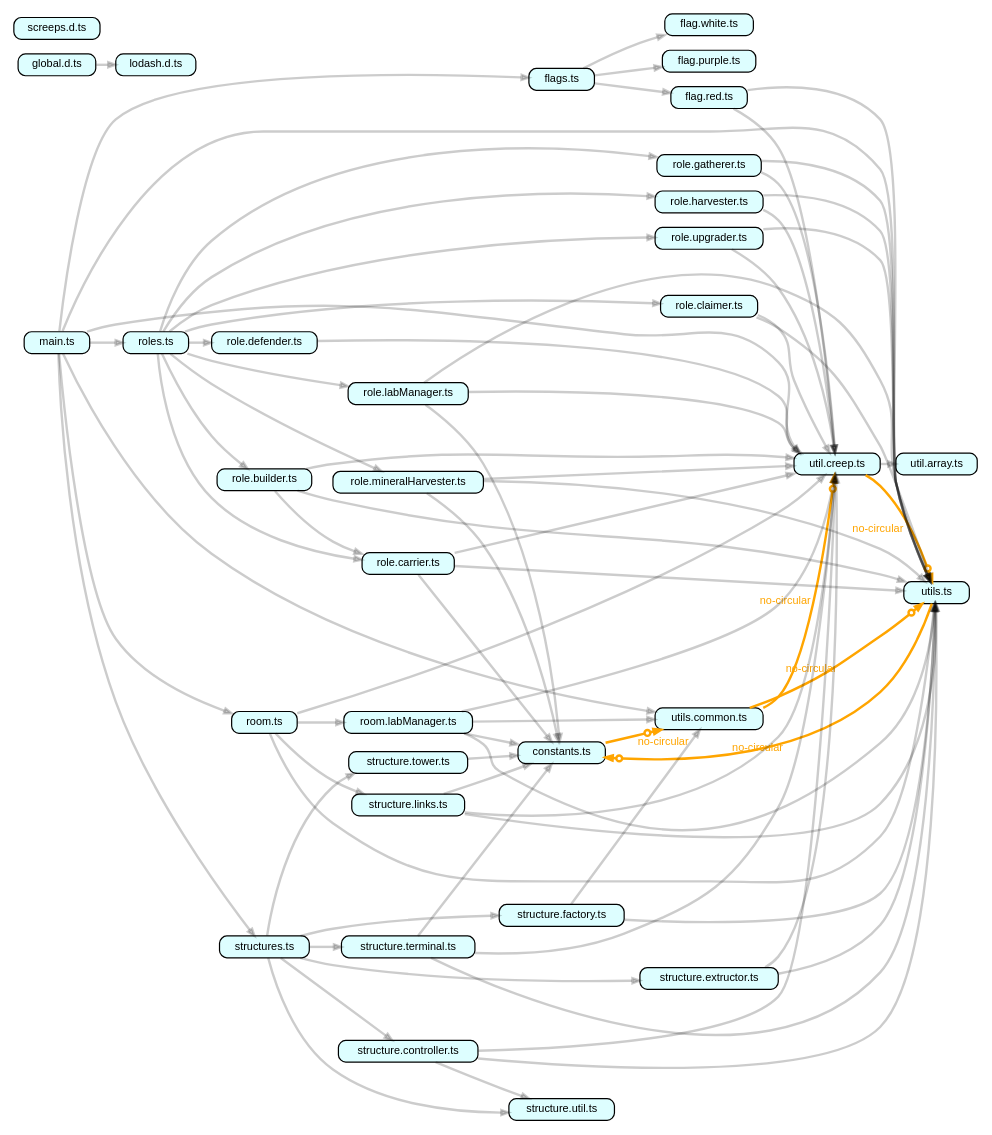
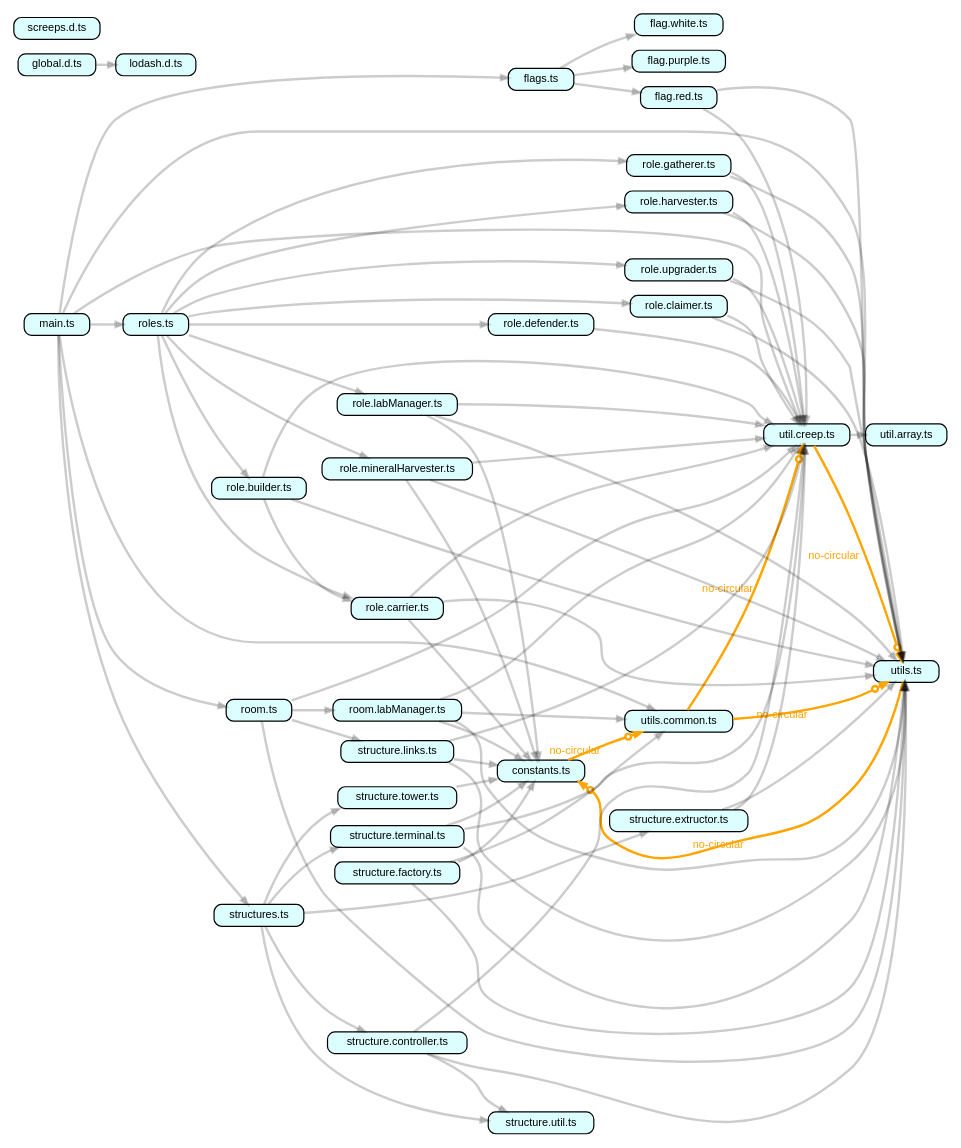
One commit to nekane1117/screeps changed the diagram in main.dot. Above: the diagram before and after it, drawn with Graphviz. The commit also changed 16 other files, not shown here.

```diff
--- a/main.dot
+++ b/main.dot
@@ -1,116 +1,116 @@
 strict digraph "dependency-cruiser output"{
     rankdir="LR" splines="true" overlap="false" nodesep="0.16" ranksep="0.18" fontname="Helvetica-bold" fontsize="9" style="rounded,bold,filled" fillcolor="#ffffff" compound="true"
     node [shape="box" style="rounded, filled" height="0.2" color="black" fillcolor="#ffffcc" fontcolor="black" fontname="Helvetica" fontsize="9"]
     edge [arrowhead="normal" arrowsize="0.6" penwidth="2.0" color="#00000033" fontname="Helvetica" fontsize="9"]
 
     "constants.ts" [label=<constants.ts> tooltip="constants.ts" URL="constants.ts" fillcolor="#ddfeff"]
     "constants.ts" -> "utils.common.ts" [xlabel="no-circular" tooltip="no-circular" arrowhead="normalnoneodot" fontcolor="orange" color="orange"]
     "flag.purple.ts" [label=<flag.purple.ts> tooltip="flag.purple.ts" URL="flag.purple.ts" fillcolor="#ddfeff"]
     "flag.red.ts" [label=<flag.red.ts> tooltip="flag.red.ts" URL="flag.red.ts" fillcolor="#ddfeff"]
     "flag.red.ts" -> "util.creep.ts"
     "flag.red.ts" -> "utils.ts"
     "flag.white.ts" [label=<flag.white.ts> tooltip="flag.white.ts" URL="flag.white.ts" fillcolor="#ddfeff"]
     "flags.ts" [label=<flags.ts> tooltip="flags.ts" URL="flags.ts" fillcolor="#ddfeff"]
     "flags.ts" -> "flag.purple.ts"
     "flags.ts" -> "flag.red.ts"
     "flags.ts" -> "flag.white.ts"
     "global.d.ts" [label=<global.d.ts> tooltip="global.d.ts" URL="global.d.ts" fillcolor="#ddfeff"]
     "global.d.ts" -> "lodash.d.ts"
     "lodash.d.ts" [label=<lodash.d.ts> tooltip="lodash.d.ts" URL="lodash.d.ts" fillcolor="#ddfeff"]
     "main.ts" [label=<main.ts> tooltip="main.ts" URL="main.ts" fillcolor="#ddfeff"]
     "main.ts" -> "flags.ts"
     "main.ts" -> "roles.ts"
     "main.ts" -> "room.ts"
     "main.ts" -> "structures.ts"
     "main.ts" -> "util.creep.ts"
     "main.ts" -> "utils.ts"
     "main.ts" -> "utils.common.ts"
     "role.builder.ts" [label=<role.builder.ts> tooltip="role.builder.ts" URL="role.builder.ts" fillcolor="#ddfeff"]
     "role.builder.ts" -> "role.carrier.ts"
     "role.builder.ts" -> "util.creep.ts"
     "role.builder.ts" -> "utils.ts"
     "role.carrier.ts" [label=<role.carrier.ts> tooltip="role.carrier.ts" URL="role.carrier.ts" fillcolor="#ddfeff"]
     "role.carrier.ts" -> "constants.ts"
     "role.carrier.ts" -> "util.creep.ts"
     "role.carrier.ts" -> "utils.ts"
     "role.claimer.ts" [label=<role.claimer.ts> tooltip="role.claimer.ts" URL="role.claimer.ts" fillcolor="#ddfeff"]
     "role.claimer.ts" -> "util.creep.ts"
     "role.claimer.ts" -> "utils.ts"
     "role.defender.ts" [label=<role.defender.ts> tooltip="role.defender.ts" URL="role.defender.ts" fillcolor="#ddfeff"]
     "role.defender.ts" -> "util.creep.ts"
     "role.gatherer.ts" [label=<role.gatherer.ts> tooltip="role.gatherer.ts" URL="role.gatherer.ts" fillcolor="#ddfeff"]
     "role.gatherer.ts" -> "util.creep.ts"
     "role.gatherer.ts" -> "utils.ts"
     "role.harvester.ts" [label=<role.harvester.ts> tooltip="role.harvester.ts" URL="role.harvester.ts" fillcolor="#ddfeff"]
     "role.harvester.ts" -> "util.creep.ts"
     "role.harvester.ts" -> "utils.ts"
     "role.labManager.ts" [label=<role.labManager.ts> tooltip="role.labManager.ts" URL="role.labManager.ts" fillcolor="#ddfeff"]
     "role.labManager.ts" -> "constants.ts"
     "role.labManager.ts" -> "util.creep.ts"
     "role.labManager.ts" -> "utils.ts"
     "role.mineralHarvester.ts" [label=<role.mineralHarvester.ts> tooltip="role.mineralHarvester.ts" URL="role.mineralHarvester.ts" fillcolor="#ddfeff"]
     "role.mineralHarvester.ts" -> "constants.ts"
     "role.mineralHarvester.ts" -> "util.creep.ts"
     "role.mineralHarvester.ts" -> "utils.ts"
     "role.upgrader.ts" [label=<role.upgrader.ts> tooltip="role.upgrader.ts" URL="role.upgrader.ts" fillcolor="#ddfeff"]
     "role.upgrader.ts" -> "util.creep.ts"
     "role.upgrader.ts" -> "utils.ts"
     "roles.ts" [label=<roles.ts> tooltip="roles.ts" URL="roles.ts" fillcolor="#ddfeff"]
     "roles.ts" -> "role.builder.ts"
     "roles.ts" -> "role.carrier.ts"
     "roles.ts" -> "role.claimer.ts"
     "roles.ts" -> "role.defender.ts"
     "roles.ts" -> "role.gatherer.ts"
     "roles.ts" -> "role.harvester.ts"
     "roles.ts" -> "role.labManager.ts"
     "roles.ts" -> "role.mineralHarvester.ts"
     "roles.ts" -> "role.upgrader.ts"
     "room.labManager.ts" [label=<room.labManager.ts> tooltip="room.labManager.ts" URL="room.labManager.ts" fillcolor="#ddfeff"]
     "room.labManager.ts" -> "constants.ts"
     "room.labManager.ts" -> "util.creep.ts"
     "room.labManager.ts" -> "utils.ts"
     "room.labManager.ts" -> "utils.common.ts"
     "room.ts" [label=<room.ts> tooltip="room.ts" URL="room.ts" fillcolor="#ddfeff"]
     "room.ts" -> "room.labManager.ts"
     "room.ts" -> "structure.links.ts"
     "room.ts" -> "util.creep.ts"
     "room.ts" -> "utils.ts"
     "screeps.d.ts" [label=<screeps.d.ts> tooltip="screeps.d.ts" URL="screeps.d.ts" fillcolor="#ddfeff"]
     "structure.controller.ts" [label=<structure.controller.ts> tooltip="structure.controller.ts" URL="structure.controller.ts" fillcolor="#ddfeff"]
     "structure.controller.ts" -> "util.creep.ts"
     "structure.controller.ts" -> "utils.ts"
     "structure.controller.ts" -> "structure.util.ts"
     "structure.extructor.ts" [label=<structure.extructor.ts> tooltip="structure.extructor.ts" URL="structure.extructor.ts" fillcolor="#ddfeff"]
     "structure.extructor.ts" -> "util.creep.ts"
     "structure.extructor.ts" -> "utils.ts"
     "structure.factory.ts" [label=<structure.factory.ts> tooltip="structure.factory.ts" URL="structure.factory.ts" fillcolor="#ddfeff"]
+    "structure.factory.ts" -> "constants.ts"
     "structure.factory.ts" -> "utils.ts"
     "structure.factory.ts" -> "utils.common.ts"
     "structure.links.ts" [label=<structure.links.ts> tooltip="structure.links.ts" URL="structure.links.ts" fillcolor="#ddfeff"]
     "structure.links.ts" -> "constants.ts"
     "structure.links.ts" -> "util.creep.ts"
     "structure.links.ts" -> "utils.ts"
     "structure.terminal.ts" [label=<structure.terminal.ts> tooltip="structure.terminal.ts" URL="structure.terminal.ts" fillcolor="#ddfeff"]
     "structure.terminal.ts" -> "constants.ts"
     "structure.terminal.ts" -> "utils.ts"
     "structure.terminal.ts" -> "util.creep.ts"
     "structure.tower.ts" [label=<structure.tower.ts> tooltip="structure.tower.ts" URL="structure.tower.ts" fillcolor="#ddfeff"]
     "structure.tower.ts" -> "constants.ts"
     "structure.util.ts" [label=<structure.util.ts> tooltip="structure.util.ts" URL="structure.util.ts" fillcolor="#ddfeff"]
     "structures.ts" [label=<structures.ts> tooltip="structures.ts" URL="structures.ts" fillcolor="#ddfeff"]
     "structures.ts" -> "structure.controller.ts"
     "structures.ts" -> "structure.extructor.ts"
-    "structures.ts" -> "structure.factory.ts"
     "structures.ts" -> "structure.terminal.ts"
     "structures.ts" -> "structure.tower.ts"
     "structures.ts" -> "structure.util.ts"
     "util.array.ts" [label=<util.array.ts> tooltip="util.array.ts" URL="util.array.ts" fillcolor="#ddfeff"]
     "util.creep.ts" [label=<util.creep.ts> tooltip="util.creep.ts" URL="util.creep.ts" fillcolor="#ddfeff"]
     "util.creep.ts" -> "util.array.ts"
     "util.creep.ts" -> "utils.ts" [xlabel="no-circular" tooltip="no-circular" arrowhead="normalnoneodot" fontcolor="orange" color="orange"]
     "utils.common.ts" [label=<utils.common.ts> tooltip="utils.common.ts" URL="utils.common.ts" fillcolor="#ddfeff"]
     "utils.common.ts" -> "util.creep.ts" [xlabel="no-circular" tooltip="no-circular" arrowhead="normalnoneodot" fontcolor="orange" color="orange"]
     "utils.common.ts" -> "utils.ts" [xlabel="no-circular" tooltip="no-circular" arrowhead="normalnoneodot" fontcolor="orange" color="orange"]
     "utils.ts" [label=<utils.ts> tooltip="utils.ts" URL="utils.ts" fillcolor="#ddfeff"]
     "utils.ts" -> "constants.ts" [xlabel="no-circular" tooltip="no-circular" arrowhead="normalnoneodot" fontcolor="orange" color="orange"]
 }
```
